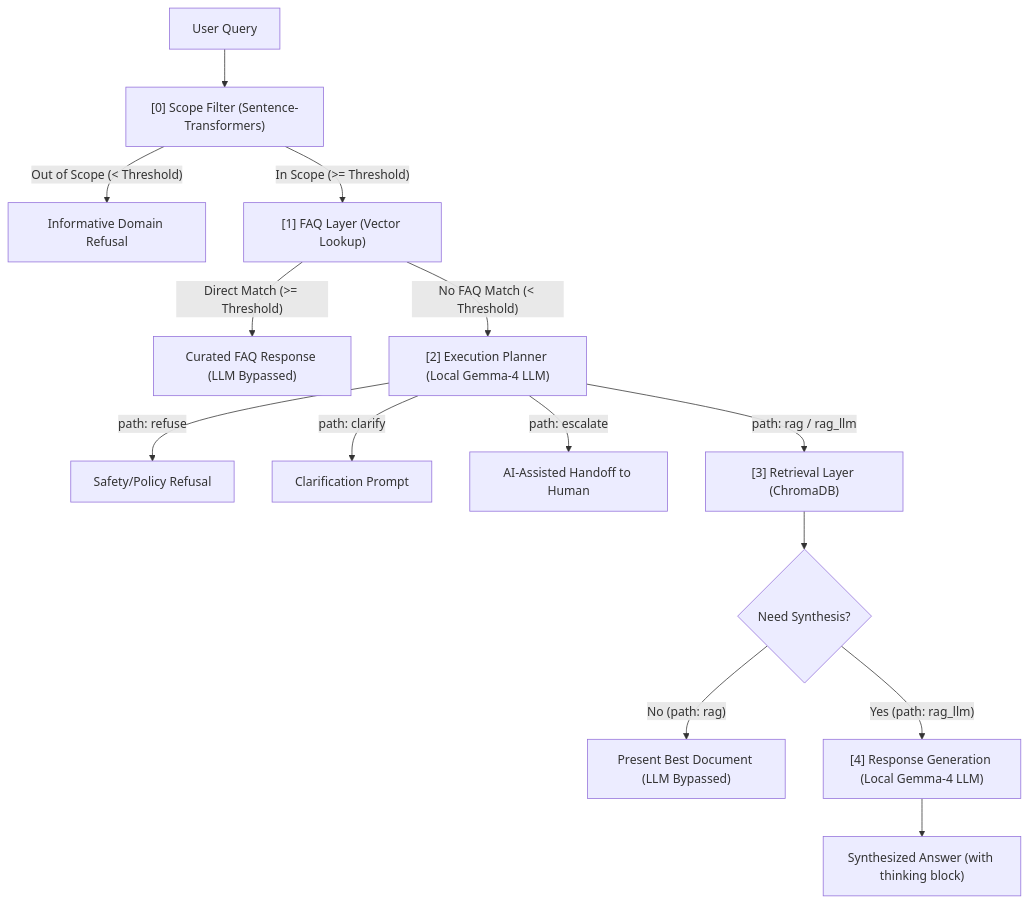
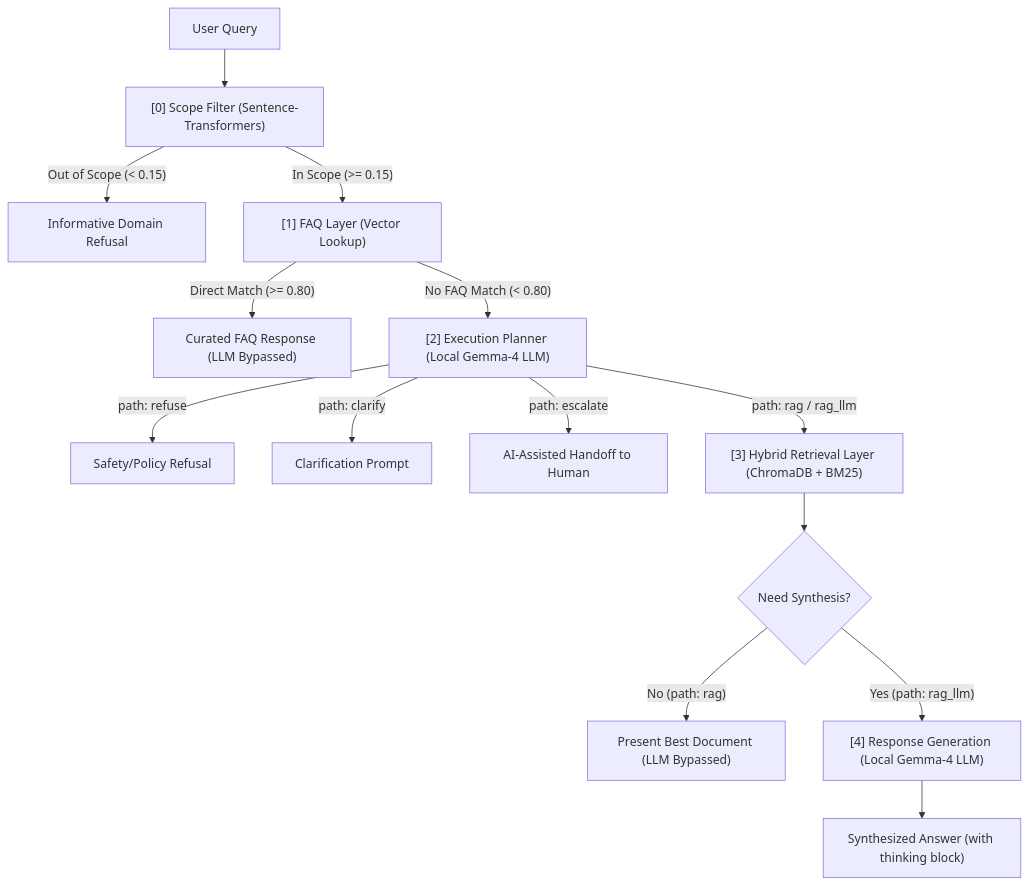
Before and after one commit to Yiu-dororong/AI-support-routing-system: the diagram in README.md, drawn with Mermaid. The commit also changed other lines of this file and 3 other files, not shown here.

````diff
--- a/README.md
+++ b/README.md
@@ -31,21 +29,21 @@
 ```mermaid
 graph TD
     Query[User Query] --> ScopeFilter["[0] Scope Filter (Sentence-Transformers)"]
     
-    ScopeFilter -- "Out of Scope (< Threshold)" --> Refusal["Informative Domain Refusal"]
-    ScopeFilter -- "In Scope (>= Threshold)" --> FAQLayer["[1] FAQ Layer (Vector Lookup)"]
+    ScopeFilter -- "Out of Scope (< 0.15)" --> Refusal["Informative Domain Refusal"]
+    ScopeFilter -- "In Scope (>= 0.15)" --> FAQLayer["[1] FAQ Layer (Vector Lookup)"]
     
-    FAQLayer -- "Direct Match (>= Threshold)" --> FAQBypass["Curated FAQ Response (LLM Bypassed)"]
-    FAQLayer -- "No FAQ Match (< Threshold)" --> ExecPlanner["[2] Execution Planner (Local Gemma-4 LLM)"]
+    FAQLayer -- "Direct Match (>= 0.80)" --> FAQBypass["Curated FAQ Response (LLM Bypassed)"]
+    FAQLayer -- "No FAQ Match (< 0.80)" --> ExecPlanner["[2] Execution Planner (Local Gemma-4 LLM)"]
     
     ExecPlanner -- "path: refuse" --> SafeRefusal["Safety/Policy Refusal"]
     ExecPlanner -- "path: clarify" --> Clarify["Clarification Prompt"]
     ExecPlanner -- "path: escalate" --> Handoff["AI-Assisted Handoff to Human"]
-    ExecPlanner -- "path: rag / rag_llm" --> Retrieve["[3] Retrieval Layer (ChromaDB)"]
+    ExecPlanner -- "path: rag / rag_llm" --> Retrieve["[3] Hybrid Retrieval Layer (ChromaDB + BM25)"]
     
     Retrieve --> PathSplit{"Need Synthesis?"}
     PathSplit -- "No (path: rag)" --> DirectDoc["Present Best Document (LLM Bypassed)"]
     PathSplit -- "Yes (path: rag_llm)" --> LLMGen["[4] Response Generation (Local Gemma-4 LLM)"]
     
     LLMGen --> SynthesizedAnswer["Synthesized Answer (with thinking block)"]
 ```
````
